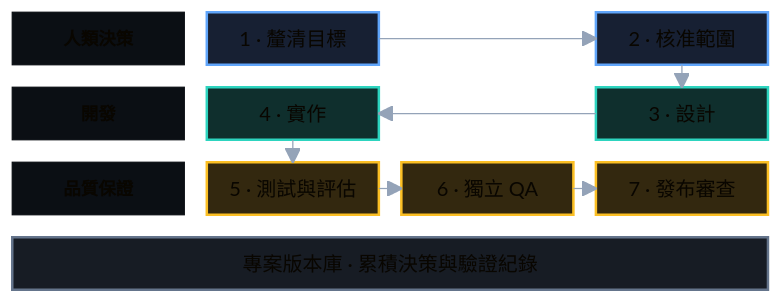
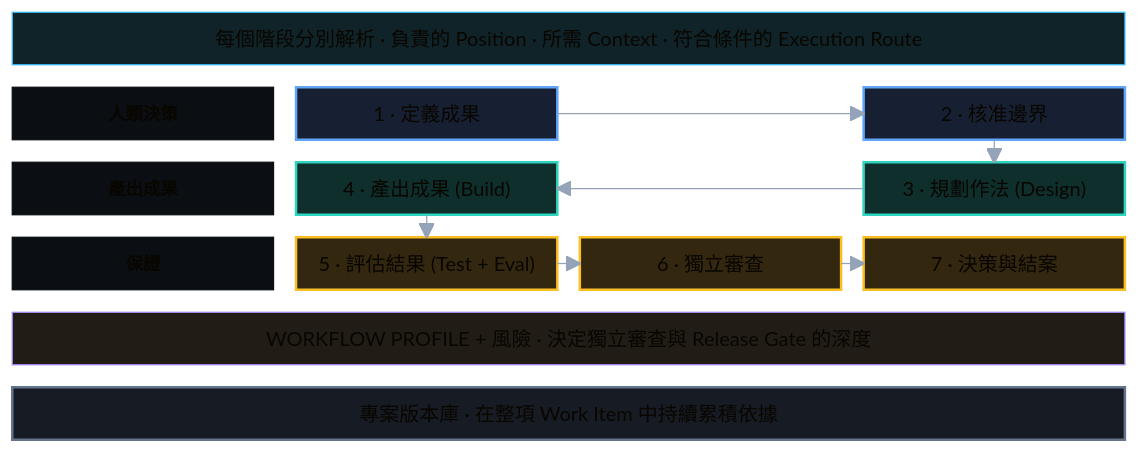
The diagram in docs/assets/temple-delivery-path.zh-TW.mmd (zsz1210/temple-ai-dev-org), drawn with Mermaid before and after one commit. The commit also changed 25 other files, not shown here.

Commit message:
docs: generalize Temple Work Item diagrams

```diff
--- a/docs/assets/temple-delivery-path.zh-TW.mmd
+++ b/docs/assets/temple-delivery-path.zh-TW.mmd
@@ -1,36 +1,42 @@
 ---
 config:
   theme: base
   fontFamily: "PingFang TC, Noto Sans TC, Inter, Arial, sans-serif"
   block:
     padding: 18
   themeVariables:
     background: "#0b0f14"
     primaryTextColor: "#f8fafc"
     lineColor: "#94a3b8"
 ---
 block-beta
   columns 8
-  H["人類決策"]:2 S1["1 · 釐清目標"]:2 space:2 S2["2 · 核准範圍"]:2
-  D["開發"]:2 S4["4 · 實作"]:2 space:2 S3["3 · 設計"]:2
-  A["品質保證"]:2 S5["5 · 測試與評估"]:2 S6["6 · 獨立 QA"]:2 S7["7 · 發布審查"]:2
-  E["專案版本庫 · 累積決策與驗證紀錄"]:8
+  R["每個階段分別解析 · 負責的 Position · 所需 Context · 符合條件的 Execution Route"]:8
+  H["人類決策"]:2 S1["1 · 定義成果"]:2 space:2 S2["2 · 核准邊界"]:2
+  D["產出成果"]:2 S4["4 · 產出成果 (Build)"]:2 space:2 S3["3 · 規劃作法 (Design)"]:2
+  A["保證"]:2 S5["5 · 評估結果 (Test + Eval)"]:2 S6["6 · 獨立審查"]:2 S7["7 · 決策與結案"]:2
+  P["WORKFLOW PROFILE + 風險 · 決定獨立審查與 Release Gate 的深度"]:8
+  E["專案版本庫 · 在整項 Work Item 中持續累積依據"]:8
 
   S1 --> S2
   S2 --> S3
   S3 --> S4
   S4 --> S5
   S5 --> S6
   S6 --> S7
 
   classDef lane fill:#0b0f14,stroke:#0b0f14,color:#94a3b8,font-weight:700,font-size:14px;
   classDef human fill:#172033,stroke:#60a5fa,color:#f8fafc,stroke-width:2px;
   classDef delivery fill:#0f2f2d,stroke:#2dd4bf,color:#f8fafc,stroke-width:2px;
   classDef assurance fill:#33280f,stroke:#fbbf24,color:#f8fafc,stroke-width:2px;
+  classDef route fill:#102329,stroke:#38bdf8,color:#e0f2fe,stroke-width:1px;
+  classDef profile fill:#211d16,stroke:#a78bfa,color:#ede9fe,stroke-width:1px;
   classDef evidence fill:#171c24,stroke:#64748b,color:#e2e8f0,stroke-width:2px;
 
   class H,D,A lane
+  class R route
   class S1,S2 human
   class S3,S4 delivery
   class S5,S6,S7 assurance
+  class P profile
   class E evidence
```
